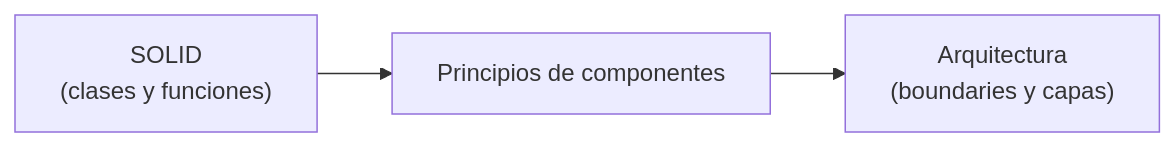
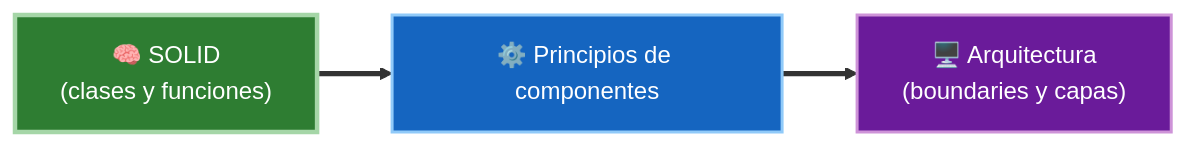
Before and after one commit to JavierMachucaA/clean-architecture-guia: the second of 2 diagrams in 03-principios-solid/README.md, drawn with Mermaid. The commit also changed 45 other files, not shown here.

````diff
--- a/03-principios-solid/README.md
+++ b/03-principios-solid/README.md
@@ -73,5 +73,9 @@
 ```mermaid
 flowchart LR
-    SOLID["SOLID<br/>(clases y funciones)"] --> COMP["Principios de componentes"]
-    COMP --> ARQ["Arquitectura<br/>(boundaries y capas)"]
+    SOLID["🧠 SOLID<br/>(clases y funciones)"] ==> COMP["⚙️ Principios de componentes"]
+    COMP ==> ARQ["🖥️ Arquitectura<br/>(boundaries y capas)"]
+
+    style SOLID fill:#2e7d32,stroke:#a5d6a7,color:#fff,stroke-width:3px
+    style COMP fill:#1565c0,stroke:#90caf9,color:#fff,stroke-width:2px
+    style ARQ fill:#6a1b9a,stroke:#ce93d8,color:#fff,stroke-width:2px
 ```
````
